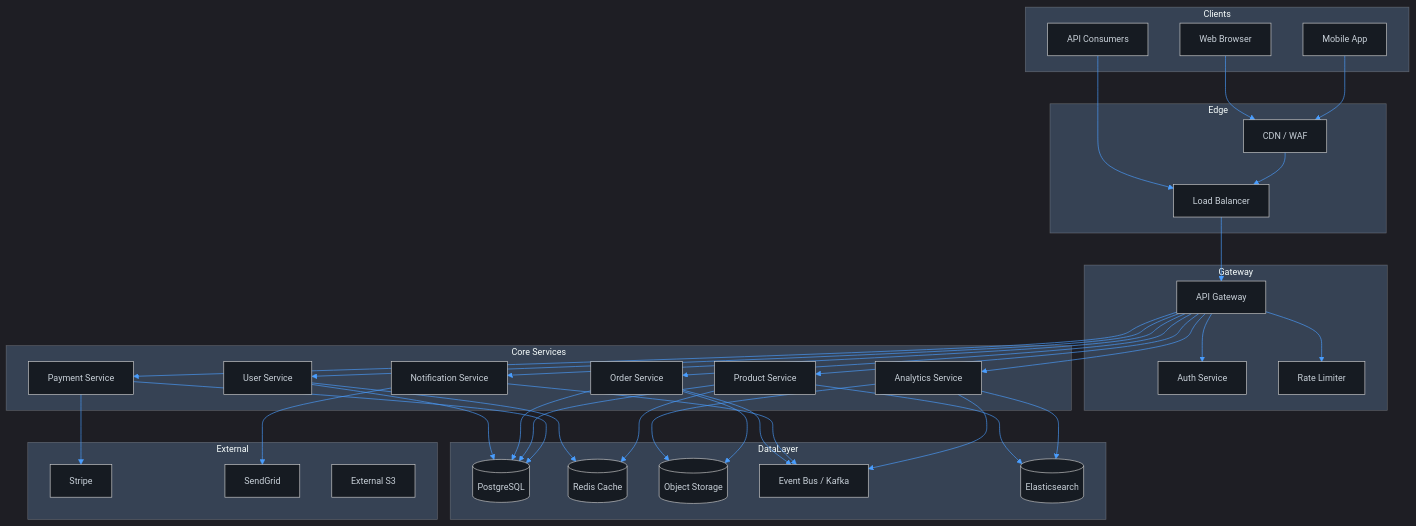
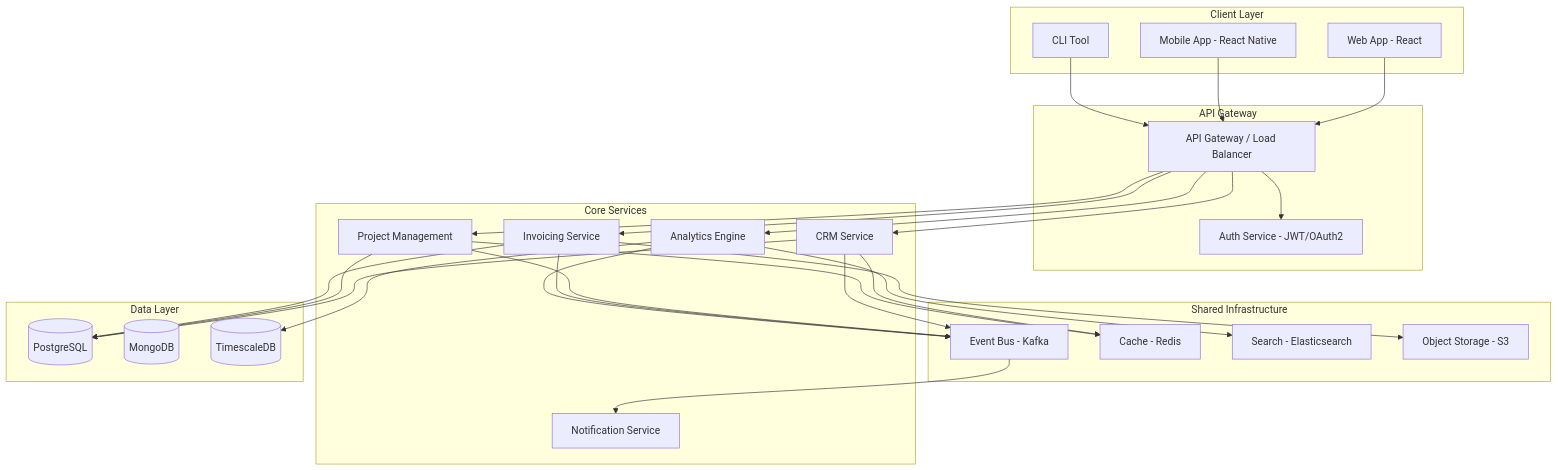
Before and after one commit to AAH20/apex-os-business-platform: the first of 3 diagrams in docs/architecture.md, drawn with Mermaid. The commit also changed other lines of this file and 113 other files, not shown here.

````diff
--- a/docs/architecture.md
+++ b/docs/architecture.md
@@ -5,73 +16,58 @@
 ```mermaid
-%%{init: {'theme':'dark', 'themeVariables': {'primaryColor':'#1e3a5f','primaryTextColor':'#e0e0e0','primaryBorderColor':'#4a9eff','lineColor':'#4a9eff','secondaryColor':'#2d2d2d','tertiaryColor':'#1a1a2e','background':'#0d1117','mainBkg':'#161b22','secondBkg':'#21262d','textColor':'#c9d1d9','fontSize':'14px'}}}%%
 graph TB
-    subgraph Clients
-        Web[Web Browser]
-        Mobile[Mobile App]
-        API[API Consumers]
+    subgraph "Client Layer"
+        Web[Web App - React]
+        Mobile[Mobile App - React Native]
+        CLI[CLI Tool]
     end
 
-    subgraph Edge
-        CDN[CDN / WAF]
-        LB[Load Balancer]
+    subgraph "API Gateway"
+        GW[API Gateway / Load Balancer]
+        Auth[Auth Service - JWT/OAuth2]
     end
 
-    subgraph Gateway
-        APIGW[API Gateway]
-        Auth[Auth Service]
-        RateLimit[Rate Limiter]
+    subgraph "Core Services"
+        CRM[CRM Service]
+        PM[Project Management]
+        INV[Invoicing Service]
+        AN[Analytics Engine]
+        NT[Notification Service]
     end
 
-    subgraph CoreServices[Core Services]
-        UserSvc[User Service]
-        OrderSvc[Order Service]
-        ProductSvc[Product Service]
-        PaymentSvc[Payment Service]
-        NotifySvc[Notification Service]
-        AnalyticsSvc[Analytics Service]
+    subgraph "Shared Infrastructure"
+        BUS[Event Bus - Kafka]
+        CACHE[Cache - Redis]
+        SEARCH[Search - Elasticsearch]
+        STORE[Object Storage - S3]
     end
 
-    subgraph DataLayer
+    subgraph "Data Layer"
         PG[(PostgreSQL)]
-        Redis[(Redis Cache)]
-        S3[(Object Storage)]
-        Kafka[Event Bus / Kafka]
-        ES[(Elasticsearch)]
+        MONGO[(MongoDB)]
+        TS[(TimescaleDB)]
     end
 
-    subgraph External
-        Stripe[Stripe]
-        SendGrid[SendGrid]
-        S3Ext[External S3]
-    end
+    Web --> GW
+    Mobile --> GW
+    CLI --> GW
+    GW --> Auth
+    GW --> CRM
+    GW --> PM
+    GW --> INV
+    GW --> AN
 
-    Web --> CDN
-    Mobile --> CDN
-    API --> LB
-    CDN --> LB
-    LB --> APIGW
-    APIGW --> Auth
-    APIGW --> RateLimit
-    APIGW --> UserSvc
-    APIGW --> OrderSvc
-    APIGW --> ProductSvc
-    APIGW --> PaymentSvc
-    APIGW --> NotifySvc
-    APIGW --> AnalyticsSvc
+    CRM --> BUS
+    PM --> BUS
+    INV --> BUS
+    AN --> BUS
+    BUS --> NT
 
-    UserSvc --> PG
-    UserSvc --> Redis
-    OrderSvc --> PG
-    OrderSvc --> Kafka
-    ProductSvc --> PG
-    ProductSvc --> Redis
-    ProductSvc --> ES
-    PaymentSvc --> PG
-    PaymentSvc --> Stripe
-    NotifySvc --> Kafka
-    NotifySvc --> SendGrid
-    AnalyticsSvc --> Kafka
-    AnalyticsSvc --> ES
-    AnalyticsSvc --> S3
-    OrderSvc --> S3
+    CRM --> PG
+    PM --> PG
+    INV --> PG
+    AN --> TS
+    CRM --> CACHE
+    PM --> CACHE
+    AN --> SEARCH
+    INV --> STORE
 ```
````
